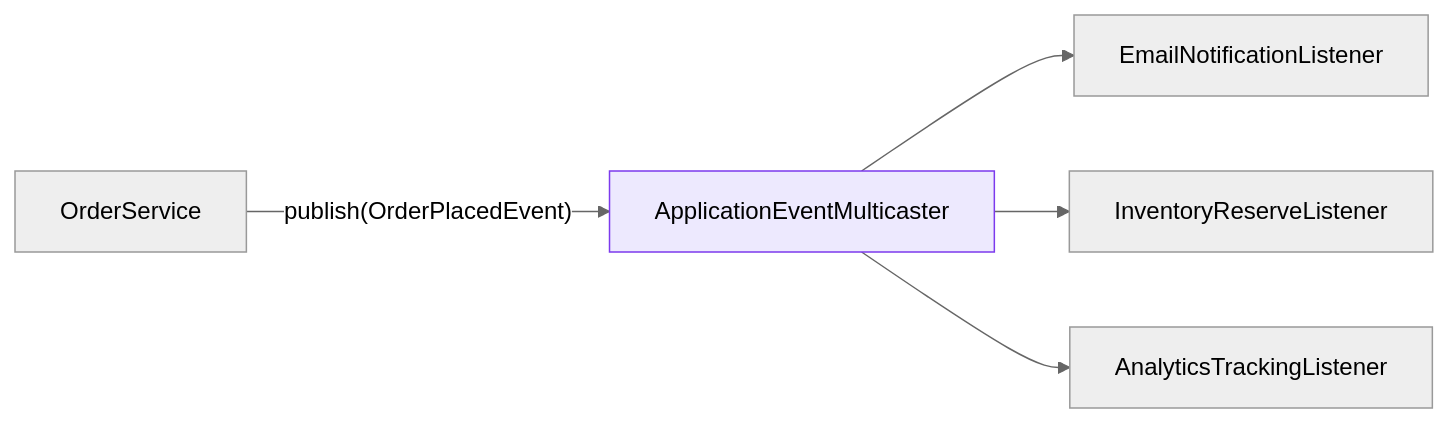
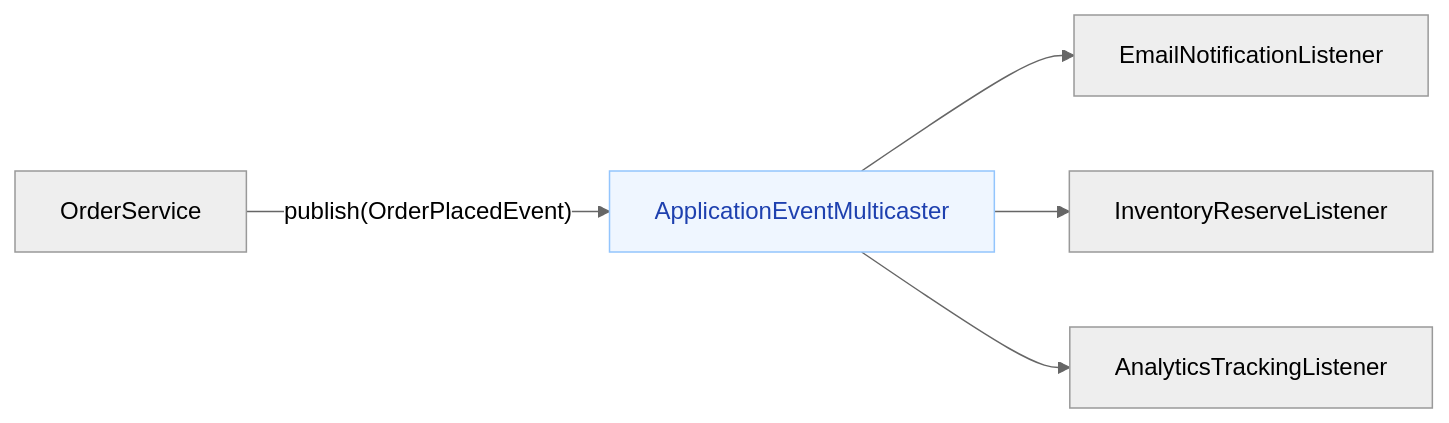
The sixth of 11 diagrams in docs/springboot/design-patterns.md (saivamsikaruturi/vamsilabs-dev-notes-main), drawn with Mermaid (neutral theme) before and after one commit. The commit also changed other lines of this file and 220 other files, not shown here.

First line of the commit message:
Add 50+ new Java/Spring Boot pages, rewrite CSS code blocks to Oracle style, fix all diagram colors

````diff
--- a/docs/springboot/design-patterns.md
+++ b/docs/springboot/design-patterns.md
@@ -355,9 +355,9 @@
 ```mermaid
 flowchart LR
     OrderService -->|"publish(OrderPlacedEvent)"| EventMulticaster["ApplicationEventMulticaster"]
     EventMulticaster --> EmailListener["EmailNotificationListener"]
     EventMulticaster --> InventoryListener["InventoryReserveListener"]
     EventMulticaster --> AnalyticsListener["AnalyticsTrackingListener"]
 
-    style EventMulticaster fill:#EDE9FE,stroke:#7C3AED,color:#000
+    style EventMulticaster fill:#EFF6FF,stroke:#93C5FD,color:#1E40AF
 ```
````
